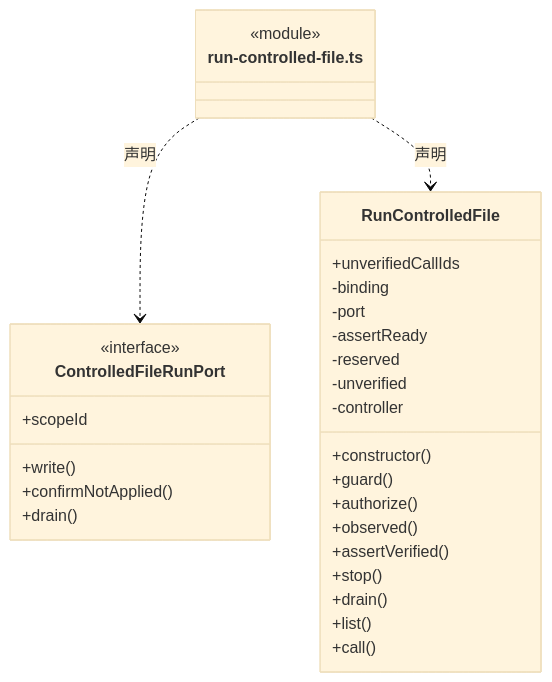
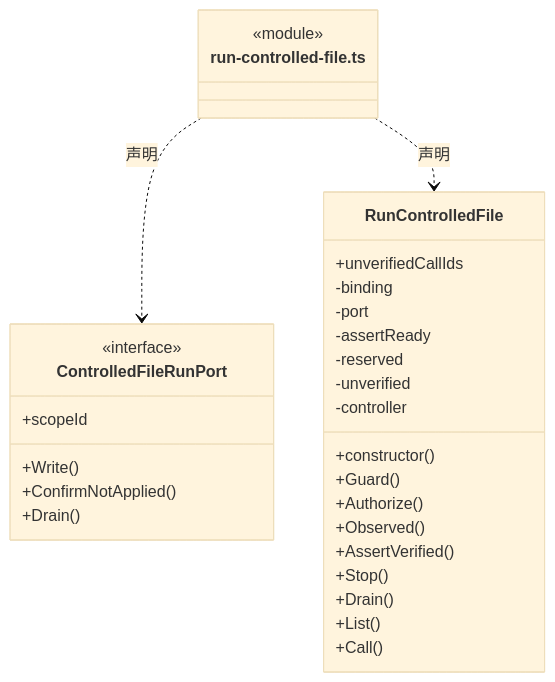
Before and after one commit to nan023062/cbim: diagram 11 of 18 in src/logic/execution/rules/capabilities/ARCHITECTURE.md, drawn with Mermaid (base theme). The commit also changed other lines of this file and 1035 other files, not shown here.

````diff
--- a/src/logic/execution/rules/capabilities/ARCHITECTURE.md
+++ b/src/logic/execution/rules/capabilities/ARCHITECTURE.md
@@ -298,33 +298,33 @@
 ```mermaid
 classDiagram
 class N_src_logic_execution_rules_capabilities_run_controlled_file_ts["run-controlled-file.ts"] {
   <<module>>
 }
 class N_src_logic_execution_rules_capabilities_run_controlled_file_ts_ControlledFileRunPort["ControlledFileRunPort"] {
   <<interface>>
   +scopeId
-  +write()
-  +confirmNotApplied()
-  +drain()
+  +Write()
+  +ConfirmNotApplied()
+  +Drain()
 }
 N_src_logic_execution_rules_capabilities_run_controlled_file_ts ..> N_src_logic_execution_rules_capabilities_run_controlled_file_ts_ControlledFileRunPort : 声明
 class N_src_logic_execution_rules_capabilities_run_controlled_file_ts_RunControlledFile["RunControlledFile"] {
   +constructor()
-  +guard()
-  +authorize()
-  +observed()
+  +Guard()
+  +Authorize()
+  +Observed()
   +unverifiedCallIds
-  +assertVerified()
-  +stop()
-  +drain()
-  +list()
-  +call()
+  +AssertVerified()
+  +Stop()
+  +Drain()
+  +List()
+  +Call()
   -binding
   -port
   -assertReady
   -reserved
   -unverified
   -controller
 }
 N_src_logic_execution_rules_capabilities_run_controlled_file_ts ..> N_src_logic_execution_rules_capabilities_run_controlled_file_ts_RunControlledFile : 声明
 ```
````
